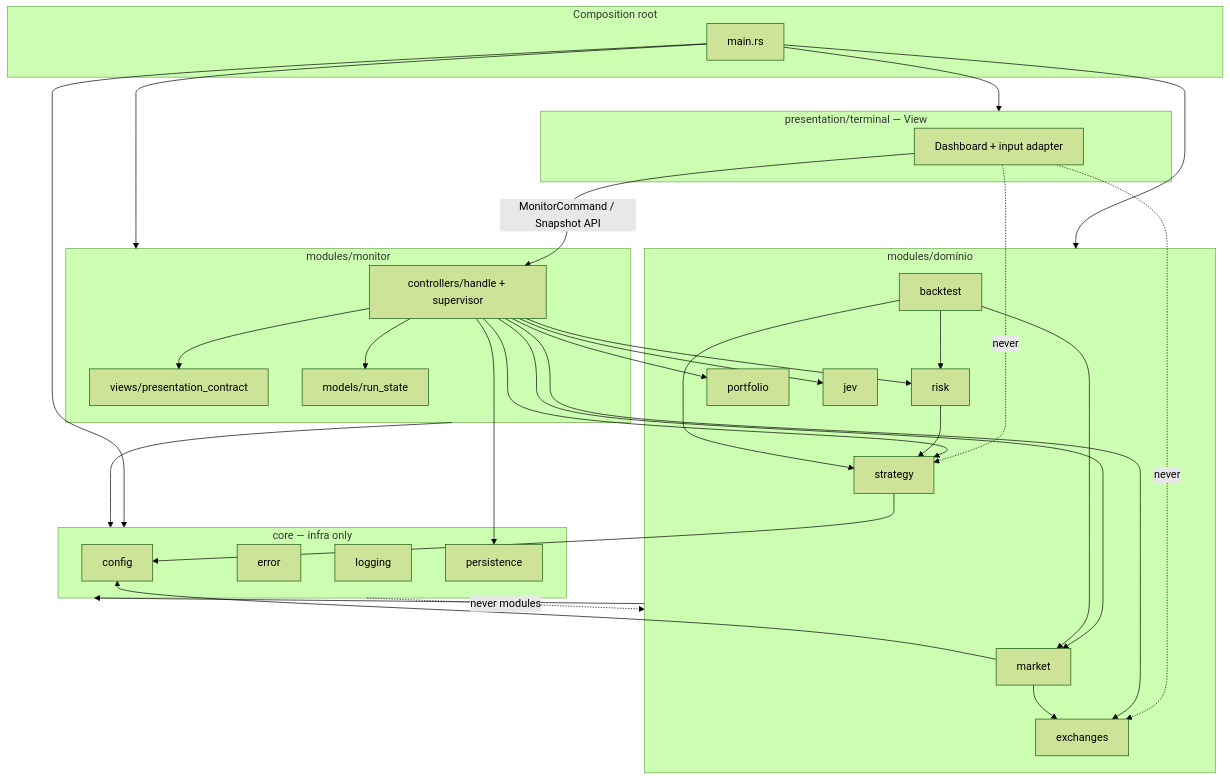
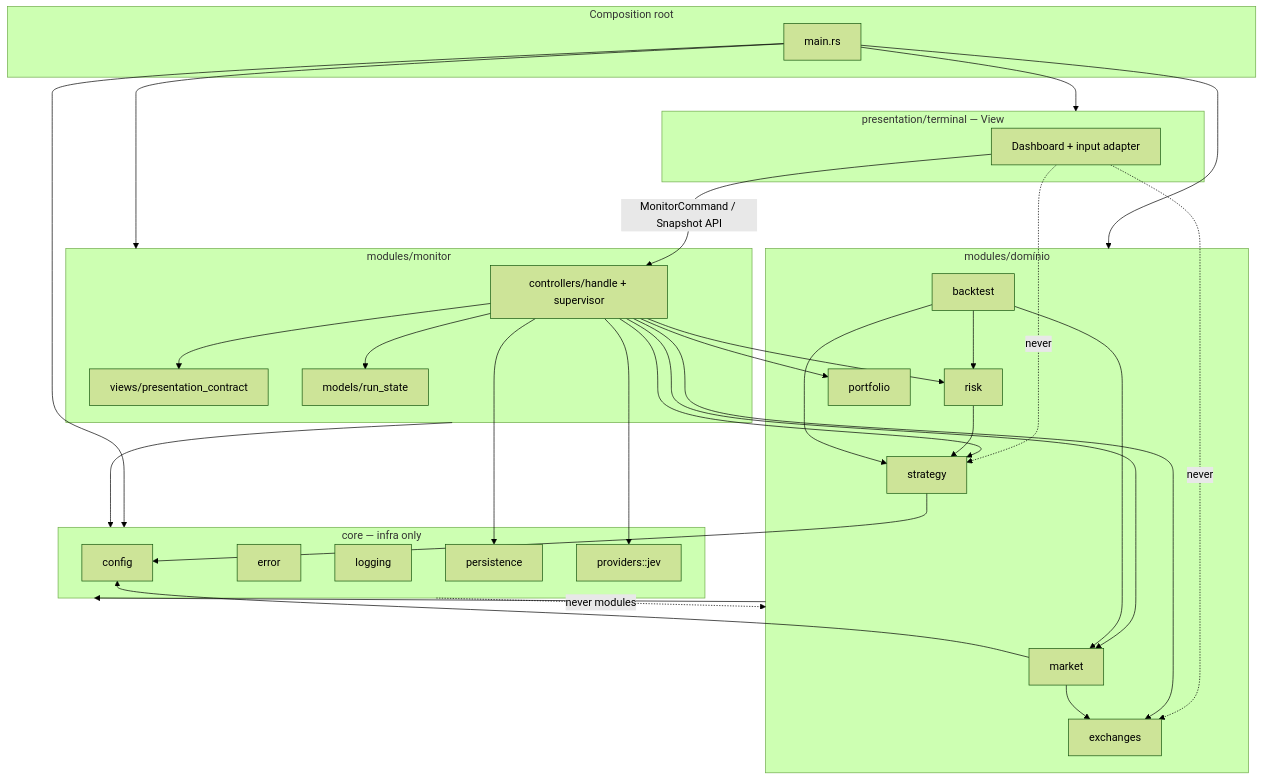
Before and after one commit to jcafeitosa/bot: the diagram in backend/docs/sdd/modules-mvc-convention-sdd.md, drawn with Mermaid (forest theme). The commit also changed other lines of this file and 5 other files, not shown here.

````diff
--- a/backend/docs/sdd/modules-mvc-convention-sdd.md
+++ b/backend/docs/sdd/modules-mvc-convention-sdd.md
@@ -383,64 +383,64 @@
 ```mermaid
 flowchart TB
   subgraph composition["Composition root"]
     MAIN[main.rs]
   end
 
   subgraph presentation["presentation/terminal — View"]
     TUI[Dashboard + input adapter]
   end
 
   subgraph monitor_mod["modules/monitor"]
     MH[controllers/handle + supervisor]
     MC[views/presentation_contract]
     MM[models/run_state]
   end
 
   subgraph domain["modules/domínio"]
     MK[market]
     ST[strategy]
     RK[risk]
     PF[portfolio]
     BT[backtest]
     EX[exchanges]
-    JV[jev]
   end
 
   subgraph core_infra["core — infra only"]
     CFG[config]
     ERR[error]
     LOG[logging]
     PER[persistence]
+    JV[providers::jev]
   end
 
   MAIN --> core_infra
   MAIN --> monitor_mod
   MAIN --> domain
   MAIN --> presentation
 
   TUI -->|MonitorCommand / Snapshot API| MH
   TUI -.->|never| ST
   TUI -.->|never| EX
 
   MH --> MM
   MH --> MC
   MH --> MK
   MH --> ST
   MH --> RK
   MH --> PF
   MH --> EX
   MH --> JV
   MH --> PER
 
   MK --> EX
   MK --> CFG
   ST --> CFG
   RK --> ST
   BT --> MK
   BT --> ST
   BT --> RK
 
   domain --> core_infra
   monitor_mod --> core_infra
   core_infra -.->|never modules| domain
 ```
````
